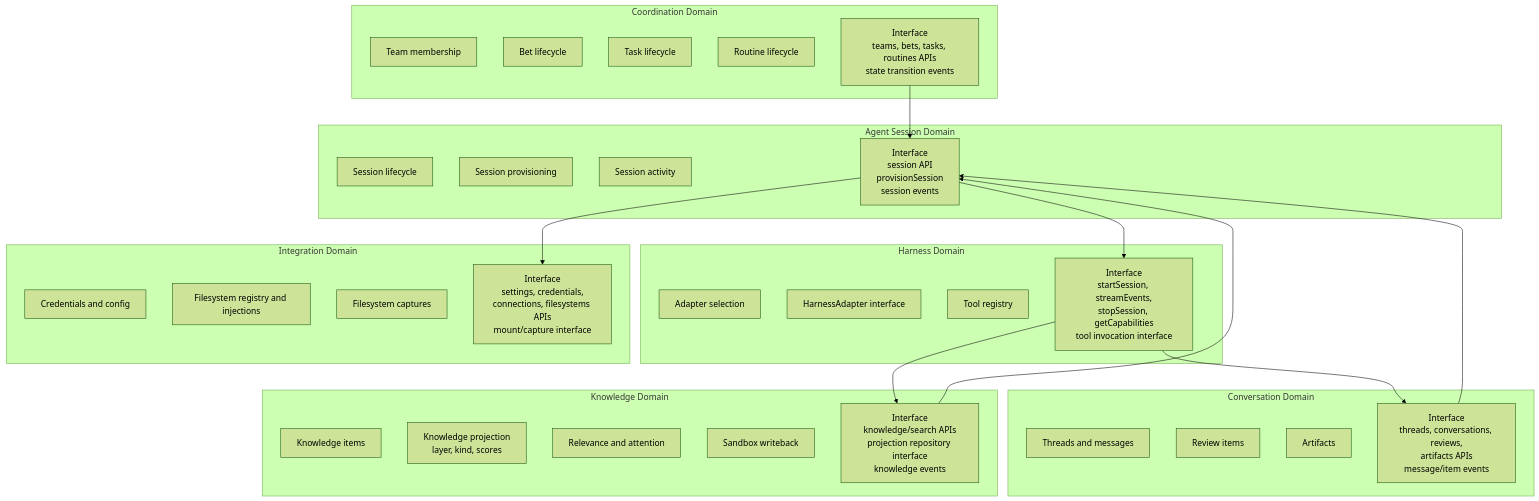
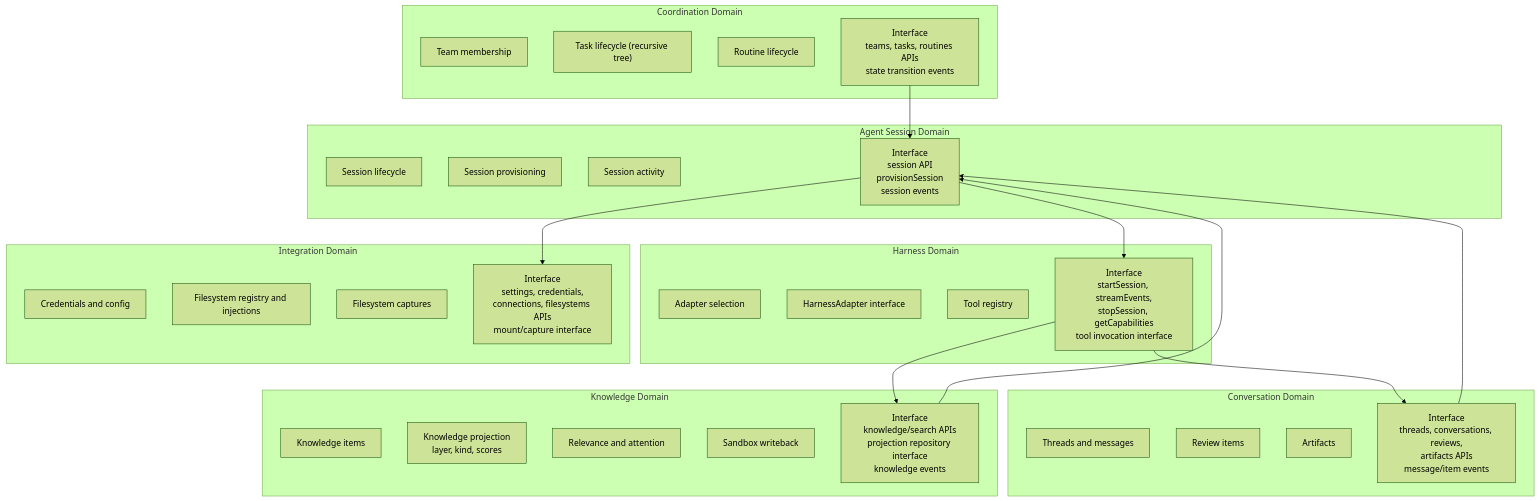
The second of 12 diagrams in docs/architecture/as-implemented-domain-architecture.md (idle-builders/hyperidle), drawn with Mermaid (forest theme) before and after one commit. The commit also changed other lines of this file and 542 other files, not shown here.

````diff
--- a/docs/architecture/as-implemented-domain-architecture.md
+++ b/docs/architecture/as-implemented-domain-architecture.md
@@ -41,54 +41,53 @@
 ```mermaid
 flowchart TB
   subgraph Coordination["Coordination Domain"]
     Team["Team membership"]
-    Bet["Bet lifecycle"]
-    Task["Task lifecycle"]
+    Task["Task lifecycle (recursive tree)"]
     Routine["Routine lifecycle"]
-    CoordinationAPI["Interface\nteams, bets, tasks, routines APIs\nstate transition events"]
+    CoordinationAPI["Interface\nteams, tasks, routines APIs\nstate transition events"]
   end
 
   subgraph Conversation["Conversation Domain"]
     Thread["Threads and messages"]
     Review["Review items"]
     Artifact["Artifacts"]
     ConversationAPI["Interface\nthreads, conversations, reviews,\nartifacts APIs\nmessage/item events"]
   end
 
   subgraph Knowledge["Knowledge Domain"]
     KnowledgeItem["Knowledge items"]
     KnowledgeProjection["Knowledge projection\nlayer, kind, scores"]
     Relevance["Relevance and attention"]
     Writeback["Sandbox writeback"]
     KnowledgeAPI["Interface\nknowledge/search APIs\nprojection repository interface\nknowledge events"]
   end
 
   subgraph Session["Agent Session Domain"]
     SessionLifecycle["Session lifecycle"]
     Provisioning["Session provisioning"]
     Activity["Session activity"]
     SessionAPI["Interface\nsession API\nprovisionSession\nsession events"]
   end
 
   subgraph Harness["Harness Domain"]
     AdapterPool["Adapter selection"]
     AdapterContract["HarnessAdapter interface"]
     Tools["Tool registry"]
     HarnessAPI["Interface\nstartSession, streamEvents,\nstopSession, getCapabilities\ntool invocation interface"]
   end
 
   subgraph Integration["Integration Domain"]
     Credentials["Credentials and config"]
     Filesystems["Filesystem registry and injections"]
     Captures["Filesystem captures"]
     IntegrationAPI["Interface\nsettings, credentials,\nconnections, filesystems APIs\nmount/capture interface"]
   end
 
   CoordinationAPI --> SessionAPI
   ConversationAPI --> SessionAPI
   KnowledgeAPI --> SessionAPI
   SessionAPI --> HarnessAPI
   SessionAPI --> IntegrationAPI
   HarnessAPI --> ConversationAPI
   HarnessAPI --> KnowledgeAPI
 ```
````
